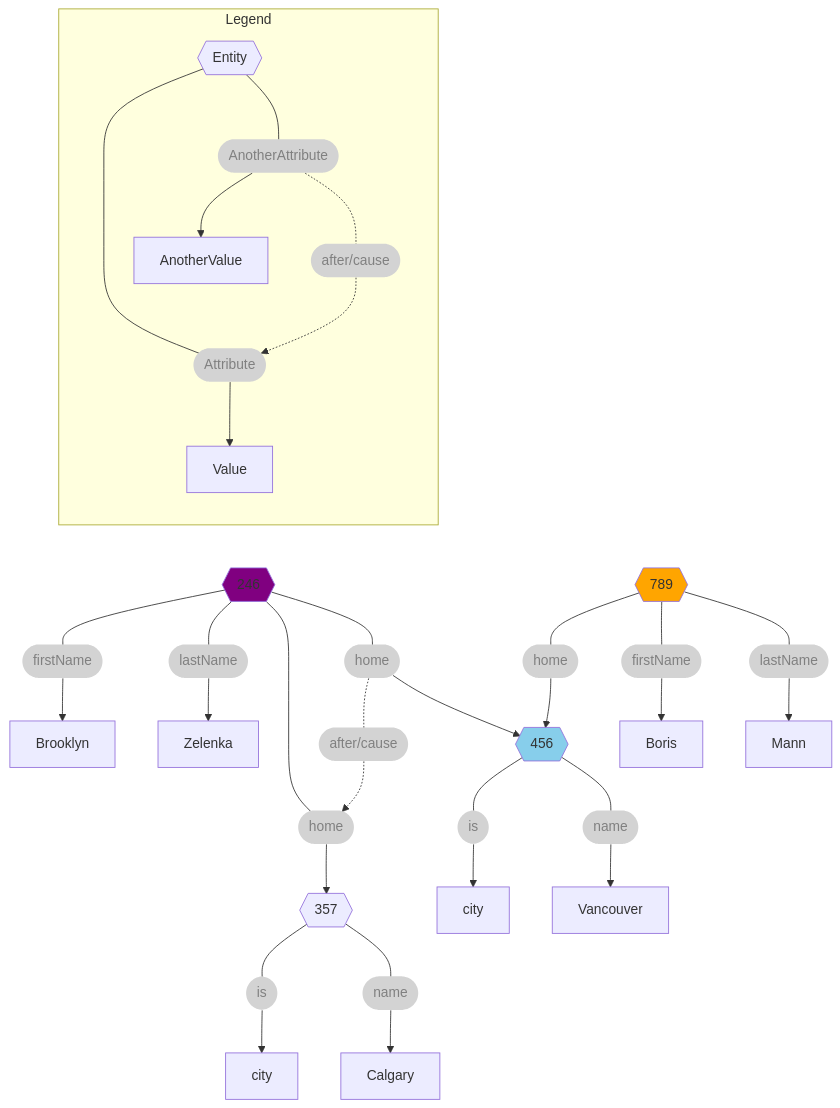
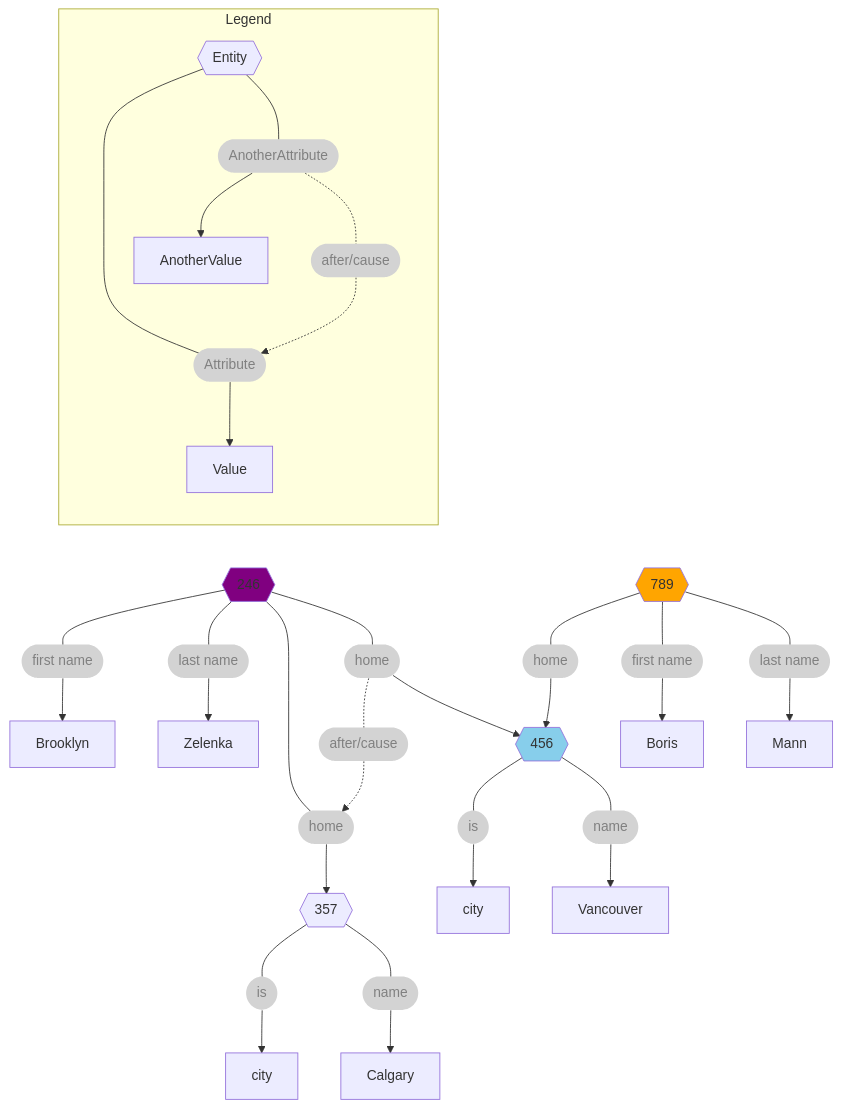
One commit to RhizomeDB/spec changed the first of 2 diagrams in README.md. Above: the diagram before and after it, drawn with Mermaid.

Commit message:
Prettify

````diff
--- a/README.md
+++ b/README.md
@@ -266,35 +266,35 @@
 ``` mermaid
 flowchart TB
     subgraph Legend
       direction TB
       entity{{Entity}} --- att([Attribute]):::attr --> Value
       entity --- att2([AnotherAttribute]):::attr --> AnotherValue
       att2 -.- cause([after/cause]):::attr -.-> att
     end
 
     Legend ~~~ entityBZ
 
-    entityBZ{{246}} --- bzFN([firstName]):::attr --> Brooklyn
-    entityBZ --- bzLN([lastName]):::attr --> Zelenka
+    entityBZ{{246}} --- bzFN([first name]):::attr --> Brooklyn
+    entityBZ --- bzLN([last name]):::attr --> Zelenka
 
     bzNewCity -.- after([after/cause]):::attr .-> bzOldCity
 
     entityBZ --- bzOldCity([home]):::attr --> entityCgy
     entityBZ --- bzNewCity([home]):::attr --> entityVC
 
     entityBM --- bmCity([home]):::attr --> entityVC
-    entityBM{{789}} --- bmFN([firstName]):::attr --> Boris
-    entityBM --- bmLN([lastName]):::attr --> Mann
+    entityBM{{789}} --- bmFN([first name]):::attr --> Boris
+    entityBM --- bmLN([last name]):::attr --> Mann
 
     entityCgy{{357}} --- calIs([is]):::attr --> calCty[city]
     entityCgy --- calName([name]):::attr --> Calgary
 
     entityVC{{456}} --- vcIs([is]):::attr --> vcCty[city]
     entityVC --- vcName([name]):::attr --> Vancouver
 
     style entityBM fill:orange
     style entityBZ fill:purple
     style entityVC fill:skyblue
 
     classDef attr fill:lightgrey,color:grey,stroke:none;
 ```
````
